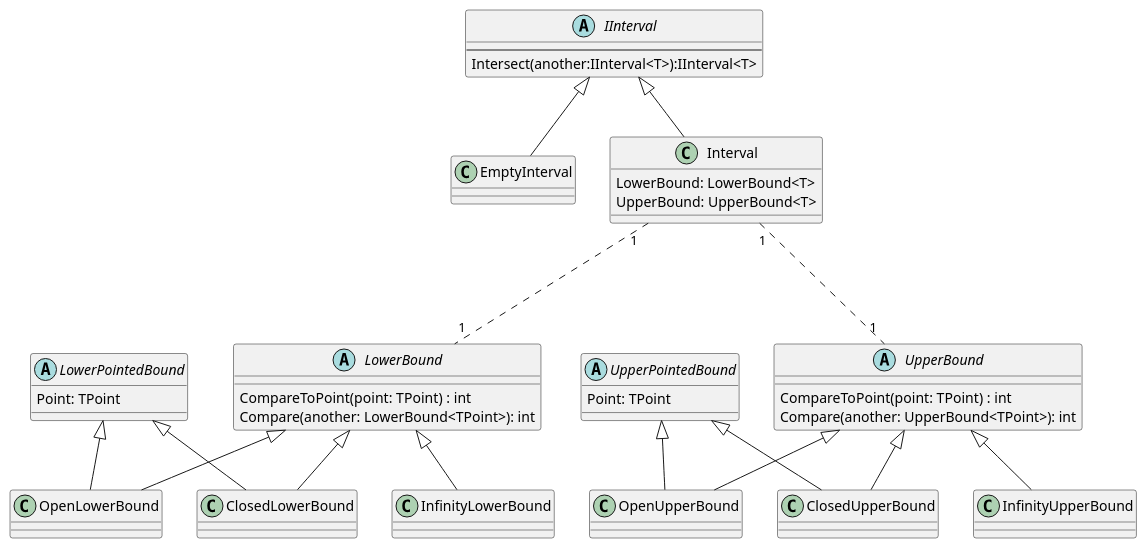
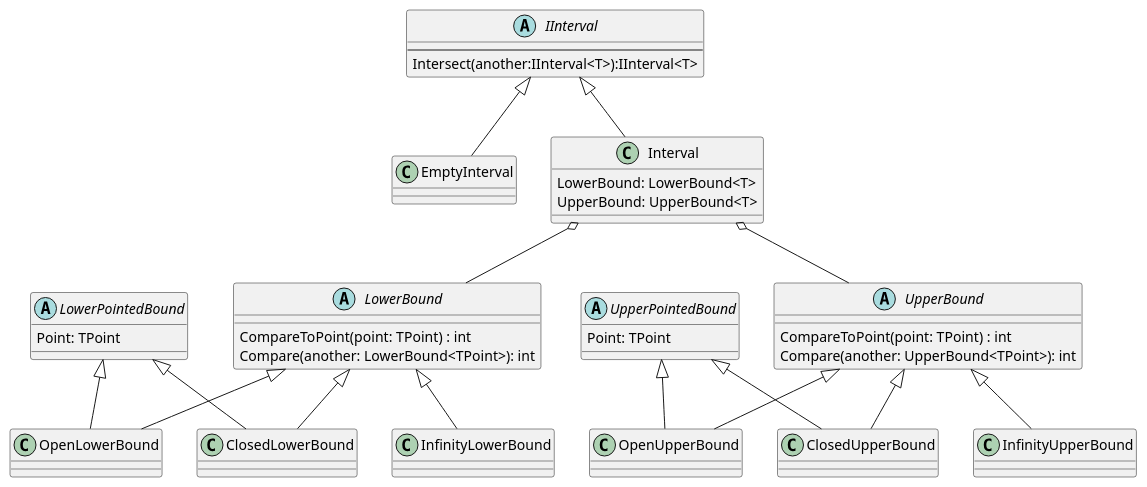
Before and after one commit to RetailRocket/Interval: the diagram in readme/plantuml/DomainModel.puml, drawn with PlantUML. The commit also changed 19 other files, not shown here.

```diff
--- a/readme/plantuml/DomainModel.puml
+++ b/readme/plantuml/DomainModel.puml
@@ -1,72 +1,72 @@
 @startuml
 
 abstract IInterval {
 ---
 Intersect(another:IInterval<T>):IInterval<T>
 }
 
 class EmptyInterval {
 }
 
 class Interval {
     LowerBound: LowerBound<T>
     UpperBound: UpperBound<T>
 }
 
 abstract LowerPointedBound {
     Point: TPoint 
 }
 
 abstract UpperPointedBound {
     Point: TPoint
 }
 
 abstract LowerBound {
     CompareToPoint(point: TPoint) : int
     Compare(another: LowerBound<TPoint>): int
 }
 
 class OpenLowerBound {
 }
 
 class ClosedLowerBound {
 }
 
 class InfinityLowerBound {
 }
 
 IInterval <|-- EmptyInterval
 IInterval <|-- Interval
 
 
 LowerBound <|-- OpenLowerBound
 LowerPointedBound <|-- OpenLowerBound
 LowerBound <|-- ClosedLowerBound
 LowerPointedBound <|-- ClosedLowerBound
 LowerBound <|-- InfinityLowerBound
 
-Interval "1"..."1" LowerBound
+Interval o-- LowerBound
 
 abstract UpperBound {
     CompareToPoint(point: TPoint) : int
     Compare(another: UpperBound<TPoint>): int
 }
 
 class OpenUpperBound {
 }
 
 class ClosedUpperBound {
 }
 
 class InfinityUpperBound {
 }
 
 UpperBound <|-- OpenUpperBound
 UpperPointedBound <|-- OpenUpperBound
 UpperBound <|-- ClosedUpperBound
 UpperPointedBound <|-- ClosedUpperBound
 UpperBound <|-- InfinityUpperBound
 
-Interval "1"..."1" UpperBound
+Interval o-- UpperBound
 
 @enduml
```
